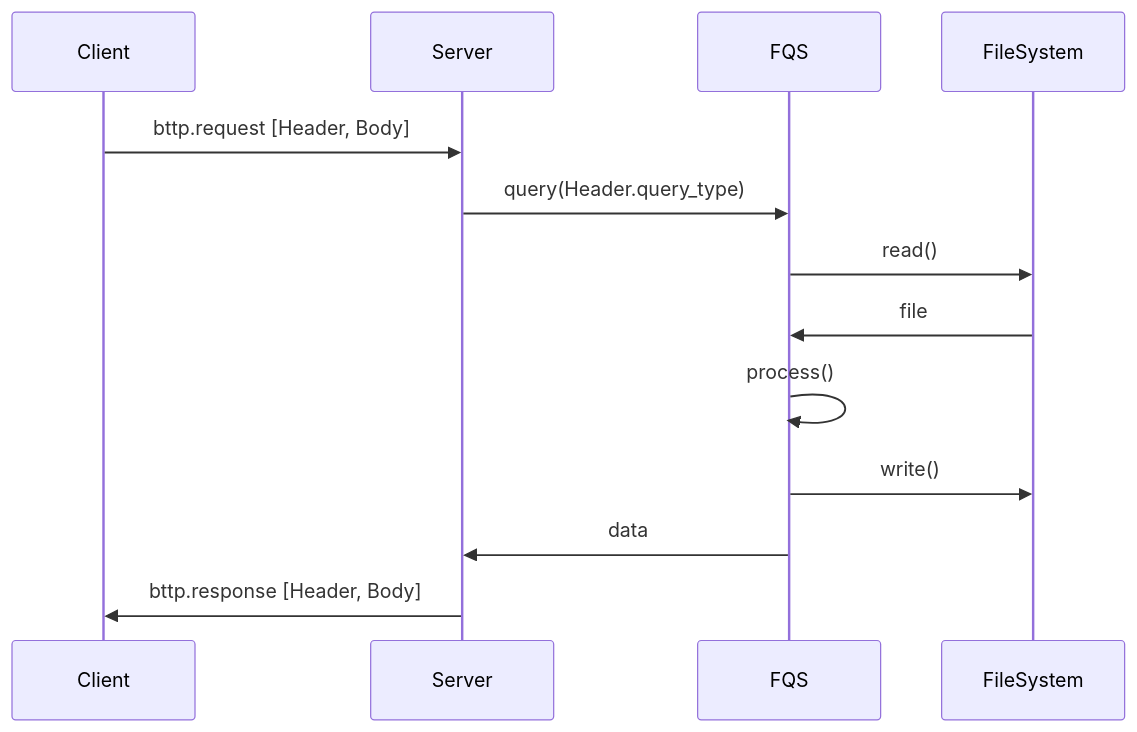
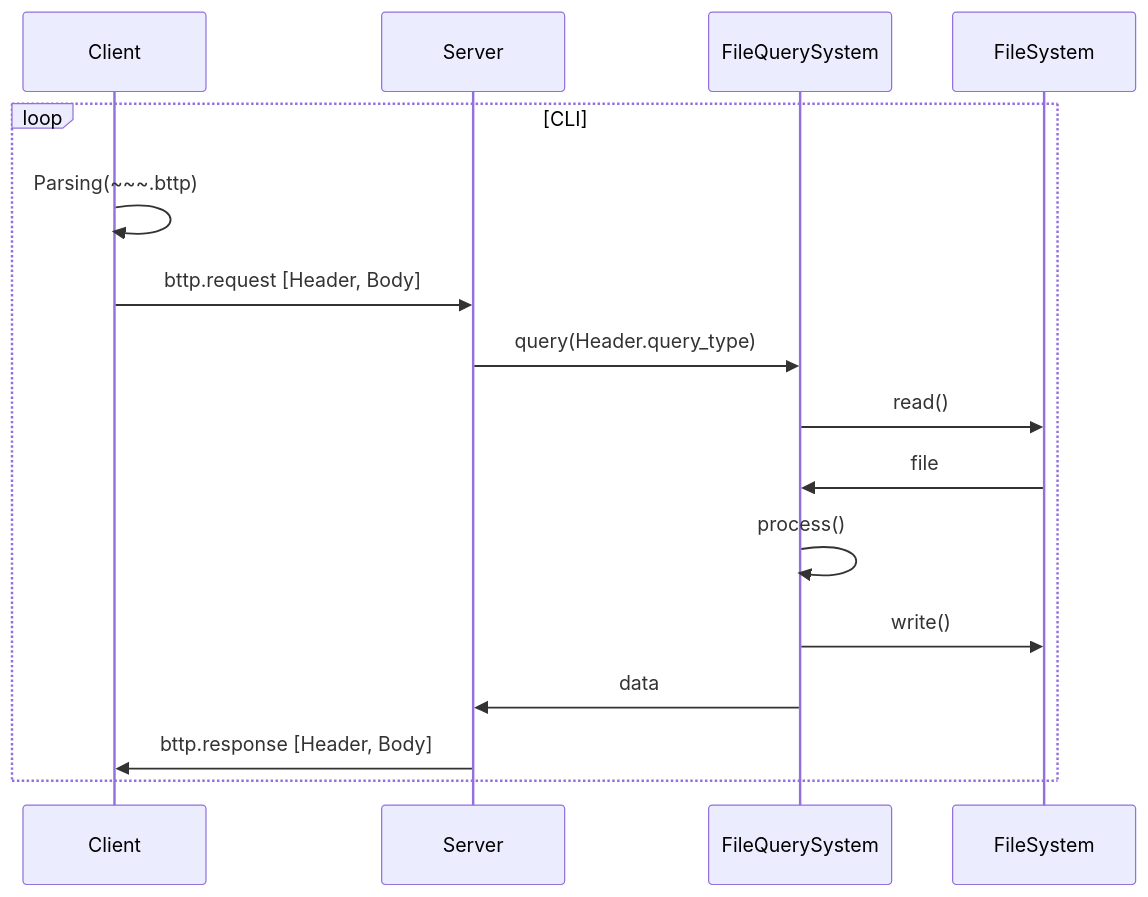
Before and after one commit to NarciSource/Boostcamp-Challenge: the diagram in README.md, drawn with Mermaid.

Commit message:
docs: 시퀀스 다이어그램 수정

````diff
--- a/README.md
+++ b/README.md
@@ -157,17 +157,20 @@
 ```mermaid
 sequenceDiagram
     participant Client
     participant Server
-    participant FQS
+    participant FileQuerySystem
     participant FileSystem
 
-    Client->>Server: bttp.request [Header, Body]
-    Server->>FQS: query(Header.query_type)
-    FQS->>FileSystem: read()
-    FileSystem->>FQS: file
-    FQS->>FQS: process()
-    FQS->>FileSystem: write()
-    FQS->>Server: data
-    Server->>Client: bttp.response [Header, Body]
+    loop CLI
+        Client->>Client: Parsing(~~~.bttp)
+        Client->>Server: bttp.request [Header, Body]
+        Server->>FileQuerySystem: query(Header.query_type)
+        FileQuerySystem->>FileSystem: read()
+        FileSystem->>FileQuerySystem: file
+        FileQuerySystem->>FileQuerySystem: process()
+        FileQuerySystem->>FileSystem: write()
+        FileQuerySystem->>Server: data
+        Server->>Client: bttp.response [Header, Body]
+    end
 
 ```
````
